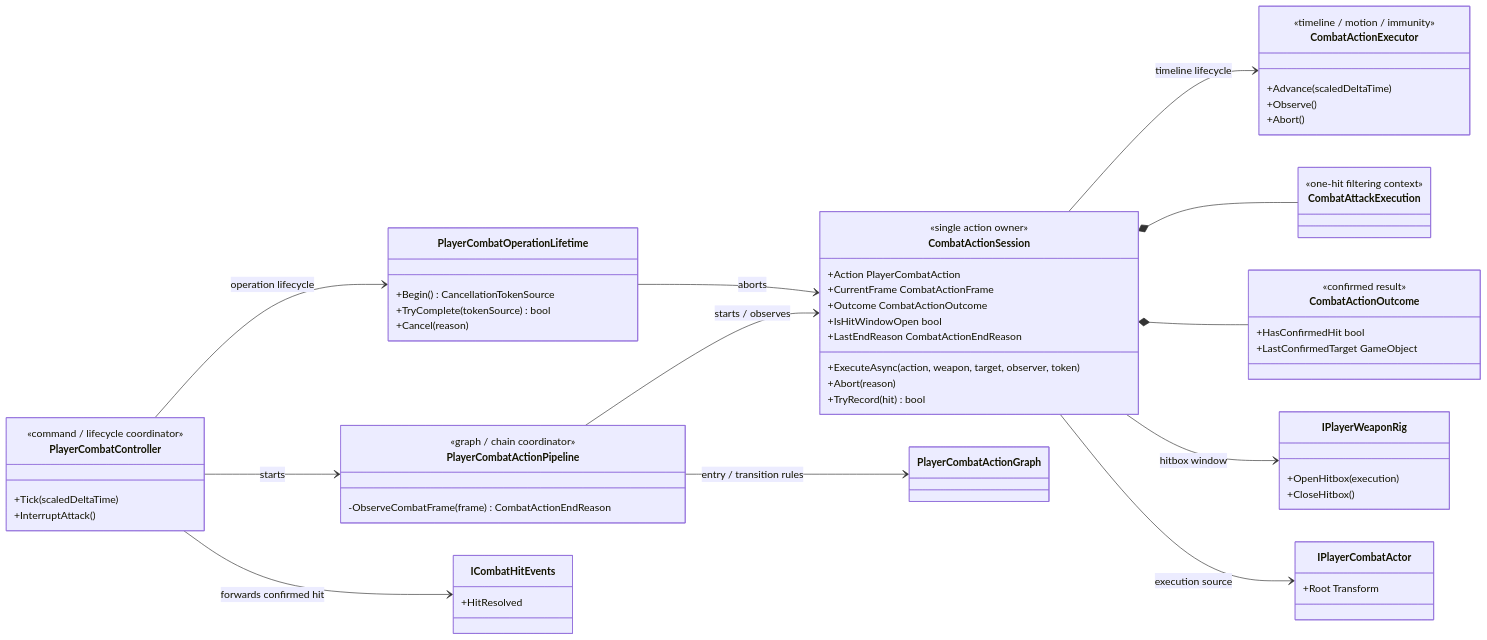
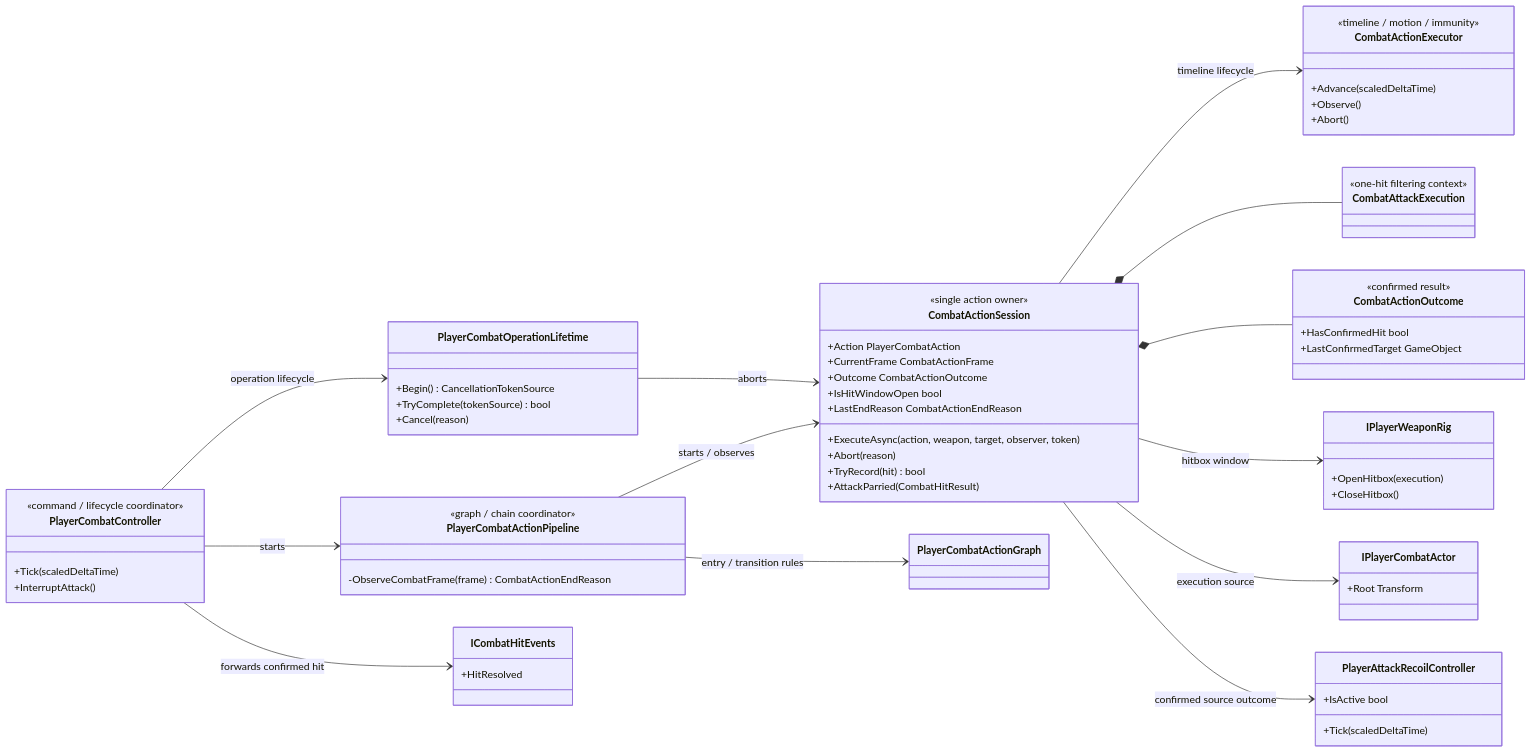
The first of 2 diagrams in Docs/Architecture/Combat.ActionSession.md (MaximFonariuc/project-s), drawn with Mermaid before and after one commit. The commit also changed other lines of this file and 12 other files, not shown here.

Commit message:
feat(combat): add player parry recoil

````diff
--- a/Docs/Architecture/Combat.ActionSession.md
+++ b/Docs/Architecture/Combat.ActionSession.md
@@ -16,67 +16,73 @@
 ```mermaid
 classDiagram
     direction LR
 
     class PlayerCombatController {
         <<command / lifecycle coordinator>>
         +Tick(scaledDeltaTime)
         +InterruptAttack()
     }
     class PlayerCombatActionPipeline {
         <<graph / chain coordinator>>
         -ObserveCombatFrame(frame) CombatActionEndReason
     }
     class CombatActionSession {
         <<single action owner>>
         +Action PlayerCombatAction
         +CurrentFrame CombatActionFrame
         +Outcome CombatActionOutcome
         +IsHitWindowOpen bool
         +LastEndReason CombatActionEndReason
         +ExecuteAsync(action, weapon, target, observer, token)
         +Abort(reason)
         +TryRecord(hit) bool
+        +AttackParried(CombatHitResult)
+    }
+    class PlayerAttackRecoilController {
+        +IsActive bool
+        +Tick(scaledDeltaTime)
     }
     class PlayerCombatOperationLifetime {
         +Begin() CancellationTokenSource
         +TryComplete(tokenSource) bool
         +Cancel(reason)
     }
     class CombatActionExecutor {
         <<timeline / motion / immunity>>
         +Advance(scaledDeltaTime)
         +Observe()
         +Abort()
     }
     class CombatAttackExecution {
         <<one-hit filtering context>>
     }
     class CombatActionOutcome {
         <<confirmed result>>
         +HasConfirmedHit bool
         +LastConfirmedTarget GameObject
     }
     class IPlayerWeaponRig {
         +OpenHitbox(execution)
         +CloseHitbox()
     }
     class IPlayerCombatActor {
         +Root Transform
     }
     class ICombatHitEvents {
         +HitResolved
     }
     class PlayerCombatActionGraph
 
     PlayerCombatController --> PlayerCombatActionPipeline : starts
     PlayerCombatActionPipeline --> CombatActionSession : starts / observes
     PlayerCombatController --> PlayerCombatOperationLifetime : operation lifecycle
     PlayerCombatOperationLifetime --> CombatActionSession : aborts
     PlayerCombatActionPipeline --> PlayerCombatActionGraph : entry / transition rules
     PlayerCombatController --> ICombatHitEvents : forwards confirmed hit
     CombatActionSession --> CombatActionExecutor : timeline lifecycle
     CombatActionSession *-- CombatAttackExecution
     CombatActionSession *-- CombatActionOutcome
     CombatActionSession --> IPlayerWeaponRig : hitbox window
     CombatActionSession --> IPlayerCombatActor : execution source
+    CombatActionSession --> PlayerAttackRecoilController : confirmed source outcome
 ```
````
